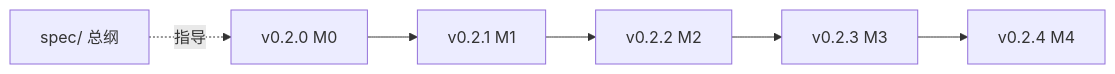
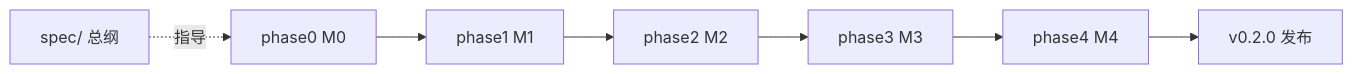
The diagram in docs/v0.2.0/spec/ROADMAP.md (wzhejunqiu/ds-code), drawn with Mermaid before and after one commit. The commit also changed other lines of this file and 32 other files, not shown here.

````diff
--- a/docs/v0.2.0/spec/ROADMAP.md
+++ b/docs/v0.2.0/spec/ROADMAP.md
@@ -37,11 +38,13 @@
 ```mermaid
 flowchart LR
   spec["spec/ 总纲"]
-  v20["v0.2.0 M0"]
-  v21["v0.2.1 M1"]
-  v22["v0.2.2 M2"]
-  v23["v0.2.3 M3"]
-  v24["v0.2.4 M4"]
-  spec -.->|指导| v20
-  v20 --> v21 --> v22 --> v23 --> v24
+  p0["phase0 M0"]
+  p1["phase1 M1"]
+  p2["phase2 M2"]
+  p3["phase3 M3"]
+  p4["phase4 M4"]
+  release["v0.2.0 发布"]
+  spec -.->|指导| p0
+  p0 --> p1 --> p2 --> p3 --> p4
+  p4 --> release
 ```
````
